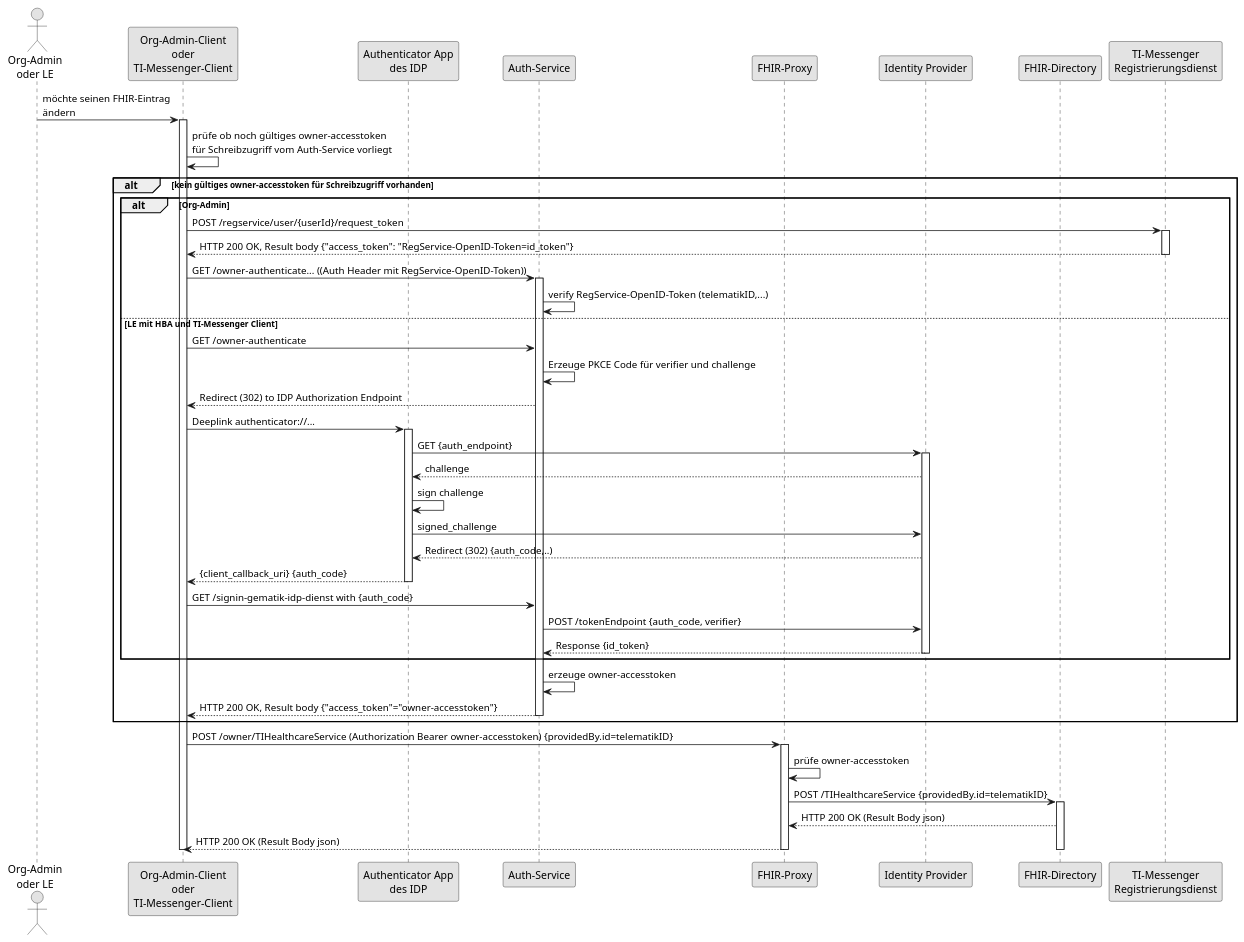
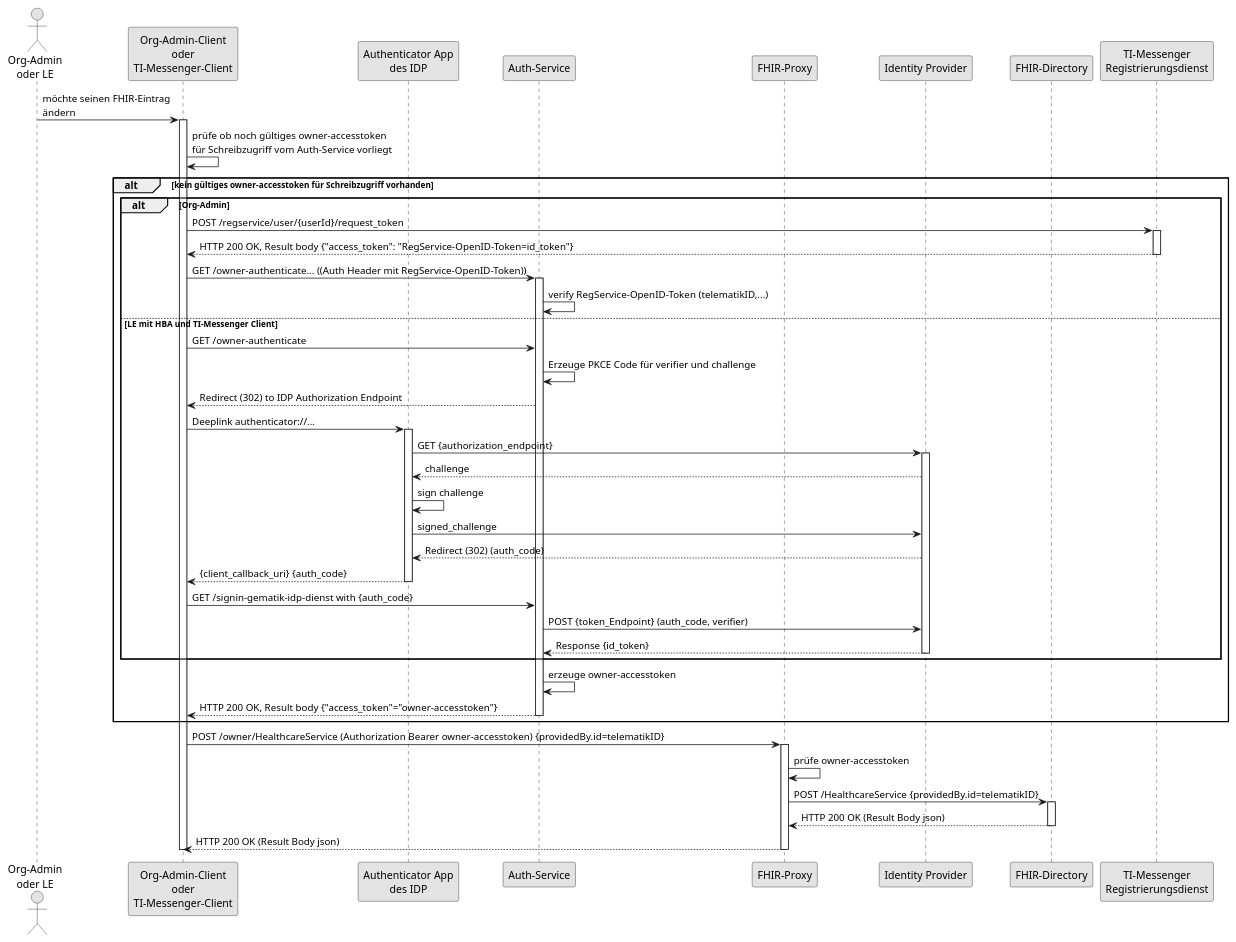
One commit to gematik/api-vzd changed the diagram in src/plantuml/SequenceDiagram.FHIR-Directory.owner.puml. Above: the diagram before and after it, drawn with PlantUML.

Commit message:
added idp identifier for authorization and token endpoint / added correct HealthcareService naming

```diff
--- a/src/plantuml/SequenceDiagram.FHIR-Directory.owner.puml
+++ b/src/plantuml/SequenceDiagram.FHIR-Directory.owner.puml
@@ -1,64 +1,64 @@
 @startuml
 
 skinparam dpi 100
 skinparam WrapWidth 200
 skinparam monochrome true
 
 'title "FHIR-Directory, Sequenzdiagram Änderung von eigenen Einträgen'
 actor o as "Org-Admin\noder LE"
 participant cl as "Org-Admin-Client\noder\nTI-Messenger-Client"
 participant aa as "Authenticator App\ndes IDP"
 participant au as "Auth-Service"
 participant fp as "FHIR-Proxy"
 participant idp as "Identity Provider"
 participant fd as "FHIR-Directory"
 participant rd as "TI-Messenger\nRegistrierungsdienst"
 o -> cl: möchte seinen FHIR-Eintrag\nändern
 activate cl
 cl -> cl: prüfe ob noch gültiges owner-accesstoken\nfür Schreibzugriff vom Auth-Service vorliegt
 alt kein gültiges owner-accesstoken für Schreibzugriff vorhanden
 alt Org-Admin
 cl -> rd: POST /regservice/user/{userId}/request_token
 activate rd
 rd --> cl: HTTP 200 OK, Result body {"access_token": "RegService-OpenID-Token=id_token"}
 deactivate rd
 cl -> au: GET /owner-authenticate... ((Auth Header mit RegService-OpenID-Token))
 activate au
 au -> au: verify RegService-OpenID-Token (telematikID,...)
 else LE mit HBA und TI-Messenger Client
 cl -> au: GET /owner-authenticate
 au -> au: Erzeuge PKCE Code für verifier und challenge
 au --> cl: Redirect (302) to IDP Authorization Endpoint
 cl -> aa: Deeplink authenticator://...
 activate aa
 
-aa -> idp: GET {auth_endpoint}
+aa -> idp: GET {authorization_endpoint}
 activate idp
 idp --> aa: challenge
 aa -> aa: sign challenge
 aa-> idp: signed_challenge
-idp --> aa: Redirect (302) {auth_code,..)
+idp --> aa: Redirect (302) (auth_code)
 aa --> cl: {client_callback_uri} {auth_code}
 deactivate aa
 
 cl -> au: GET /signin-gematik-idp-dienst with {auth_code}
-au -> idp: POST /tokenEndpoint {auth_code, verifier}
+au -> idp: POST {token_Endpoint} (auth_code, verifier)
 idp --> au: Response {id_token}
 
 deactivate idp
 end
 au -> au: erzeuge owner-accesstoken
 au --> cl: HTTP 200 OK, Result body {"access_token"="owner-accesstoken"}
 deactivate au
 end
-cl -> fp: POST /owner/TIHealthcareService (Authorization Bearer owner-accesstoken) {providedBy.id=telematikID}
+cl -> fp: POST /owner/HealthcareService (Authorization Bearer owner-accesstoken) {providedBy.id=telematikID}
 activate fp
 fp -> fp: prüfe owner-accesstoken
-fp -> fd: POST /TIHealthcareService {providedBy.id=telematikID}
+fp -> fd: POST /HealthcareService {providedBy.id=telematikID}
 activate fd
 fd --> fp: HTTP 200 OK (Result Body json)
+deactivate fd
 fp --> cl: HTTP 200 OK (Result Body json)
-deactivate fd
 deactivate fp
 deactivate cl
 @enduml
```
